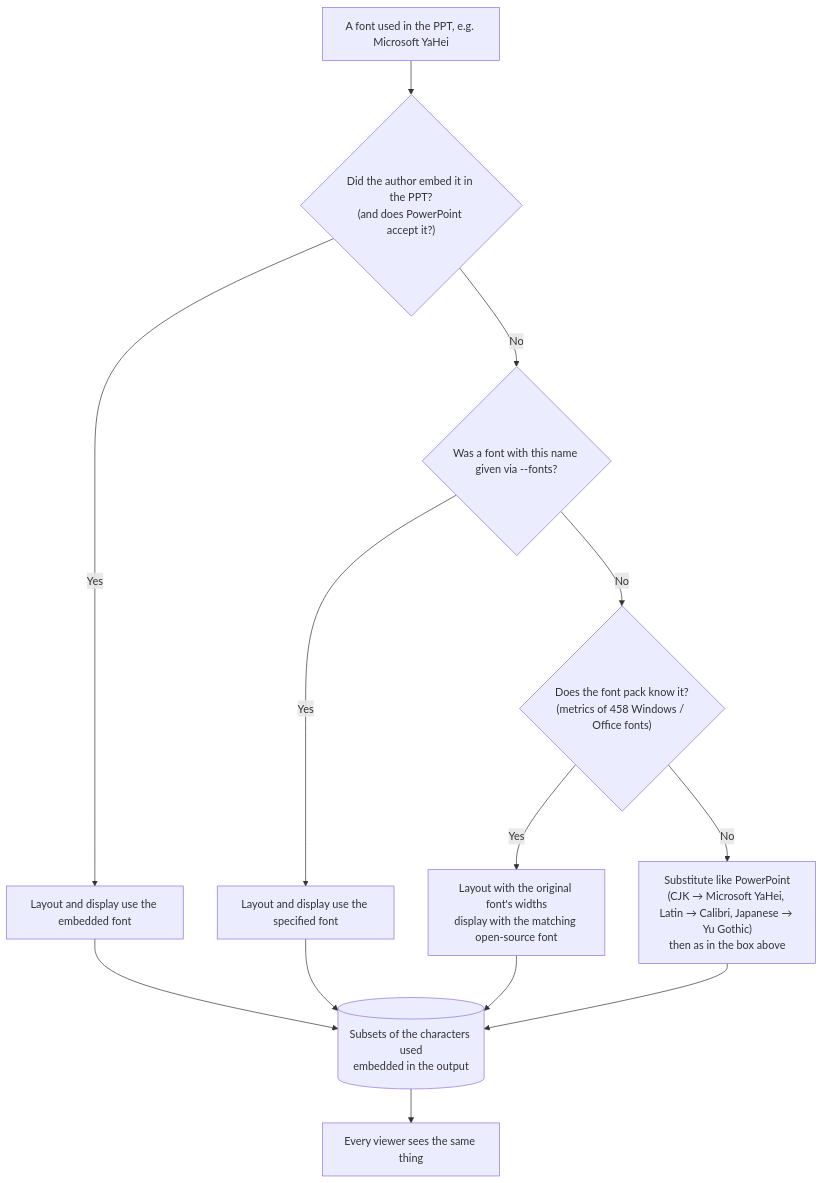
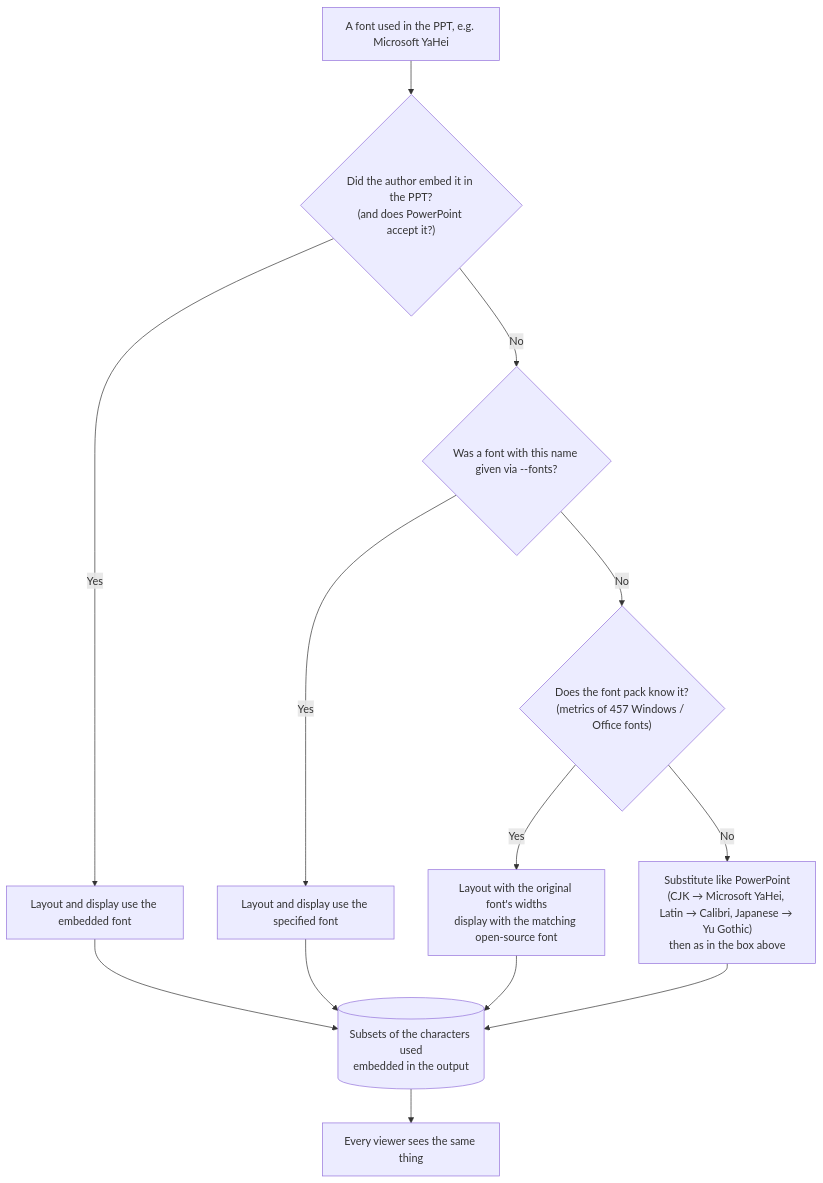
The fifth of 5 diagrams in docs/en/getting-started.md (spitmaster/unppt), drawn with Mermaid before and after one commit. The commit also changed other lines of this file and 13 other files, not shown here.

````diff
--- a/docs/en/getting-started.md
+++ b/docs/en/getting-started.md
@@ -406,15 +406,15 @@
 ```mermaid
 flowchart TD
   F["A font used in the PPT, e.g. Microsoft YaHei"] --> E{"Did the author embed it in the PPT?<br/>(and does PowerPoint accept it?)"}
   E -->|"Yes"| EMB["Layout and display use the embedded font"]
   E -->|"No"| S{"Was a font with this name given via --fonts?"}
   S -->|"Yes"| SPEC["Layout and display use the specified font"]
-  S -->|"No"| K{"Does the font pack know it?<br/>(metrics of 458 Windows / Office fonts)"}
+  S -->|"No"| K{"Does the font pack know it?<br/>(metrics of 457 Windows / Office fonts)"}
   K -->|"Yes"| DEF["Layout with the original font's widths<br/>display with the matching open-source font"]
   K -->|"No"| SUB["Substitute like PowerPoint<br/>(CJK → Microsoft YaHei, Latin → Calibri, Japanese → Yu Gothic)<br/>then as in the box above"]
   EMB --> OUT[("Subsets of the characters used<br/>embedded in the output")]
   SPEC --> OUT
   DEF --> OUT
   SUB --> OUT
   OUT --> V["Every viewer sees the same thing"]
 ```
````
